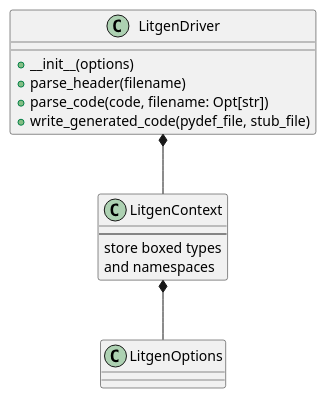
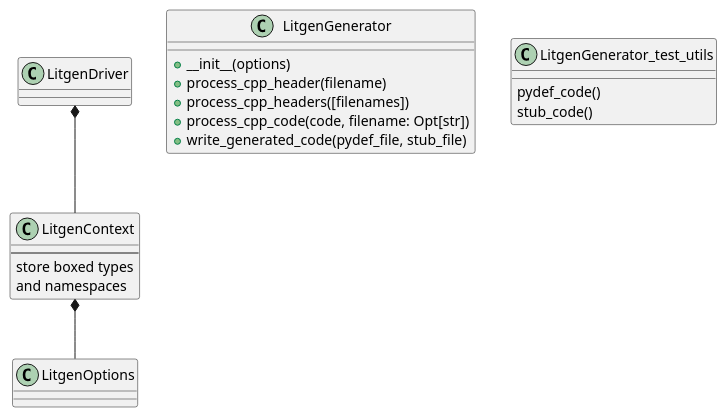
Before and after one commit to pthom/litgen: the fourth of 5 diagrams in TODO.org, drawn with PlantUML. The commit also changed other lines of this file and 6 other files, not shown here.

Commit message:
litgen: work on LitgenGenerator / mylib

```diff
--- a/TODO.org
+++ b/TODO.org
@@ -462,24 +472,30 @@
 #+begin_src plantuml :file packages/litgen/doc/litgen_driver.png :eval yes
 
   class LitgenOptions {
   }
 
   class LitgenContext {
           ---
           store boxed types
           and namespaces
   }
 
   LitgenContext *-- LitgenOptions
 
-  class LitgenDriver {
+  class LitgenGenerator {
+          + __init__(options)
+          + process_cpp_header(filename)
+          + process_cpp_headers([filenames])
+          + process_cpp_code(code, filename: Opt[str])
+          + write_generated_code(pydef_file, stub_file)
+  }
 
-          + __init__(options)
-          + parse_header(filename)
-          + parse_code(code, filename: Opt[str])
-          + write_generated_code(pydef_file, stub_file)
+  class LitgenGenerator_test_utils {
+          pydef_code()
+          stub_code()
+
   }
 
   LitgenDriver *-- LitgenContext
 
 #+end_src
```
